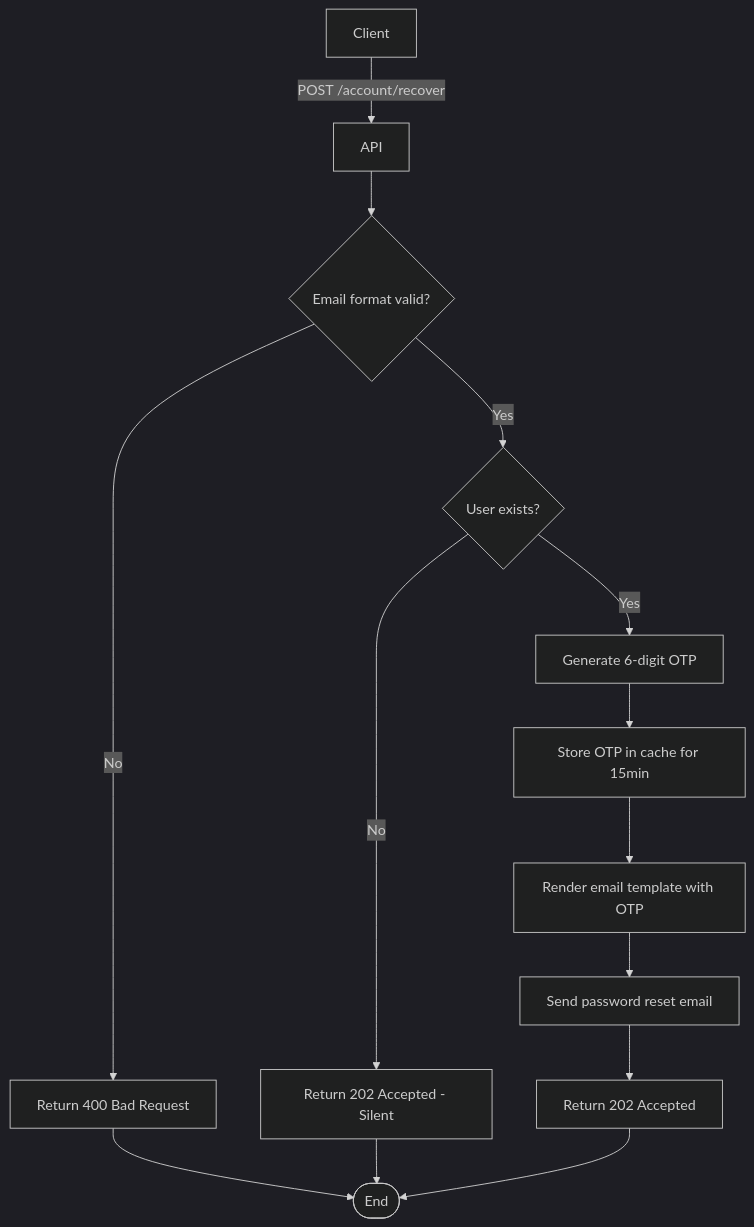
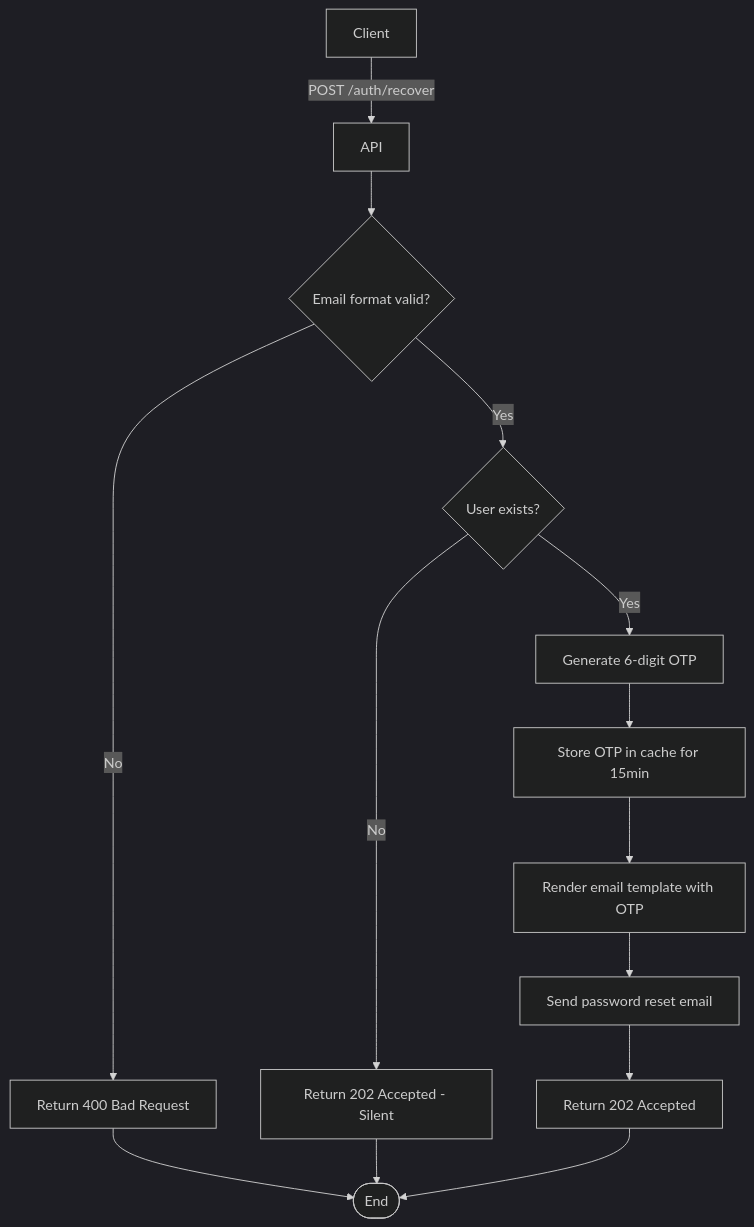
One commit to leandroluk/investor changed the diagram in apps/doc/src/content/api/auth/request-password-reset.mdx. Above: the diagram before and after it, drawn with Mermaid (dark theme). The commit also changed other lines of this file and 132 other files, not shown here.

````diff
--- a/apps/doc/src/content/api/auth/request-password-reset.mdx
+++ b/apps/doc/src/content/api/auth/request-password-reset.mdx
@@ -28,16 +28,16 @@
 ```mermaid
 flowchart TD
-    A["Client"] -- "POST /account/recover" --> B["API"]
+    A["Client"] -- "POST /auth/recover" --> B["API"]
     B --> C{"Email format valid?"}
     C -- "No" --> D["Return 400 Bad Request"]
     D --> End([End])
     C -- "Yes" --> E{"User exists?"}
     E -- "No" --> F["Return 202 Accepted - Silent"]
     E -- "Yes" --> G["Generate 6-digit OTP"]
     G --> H["Store OTP in cache for 15min"]
     H --> I["Render email template with OTP"]
     I --> J["Send password reset email"]
     J --> K["Return 202 Accepted"]
     F --> End([End])
     K --> End
 ```
````
